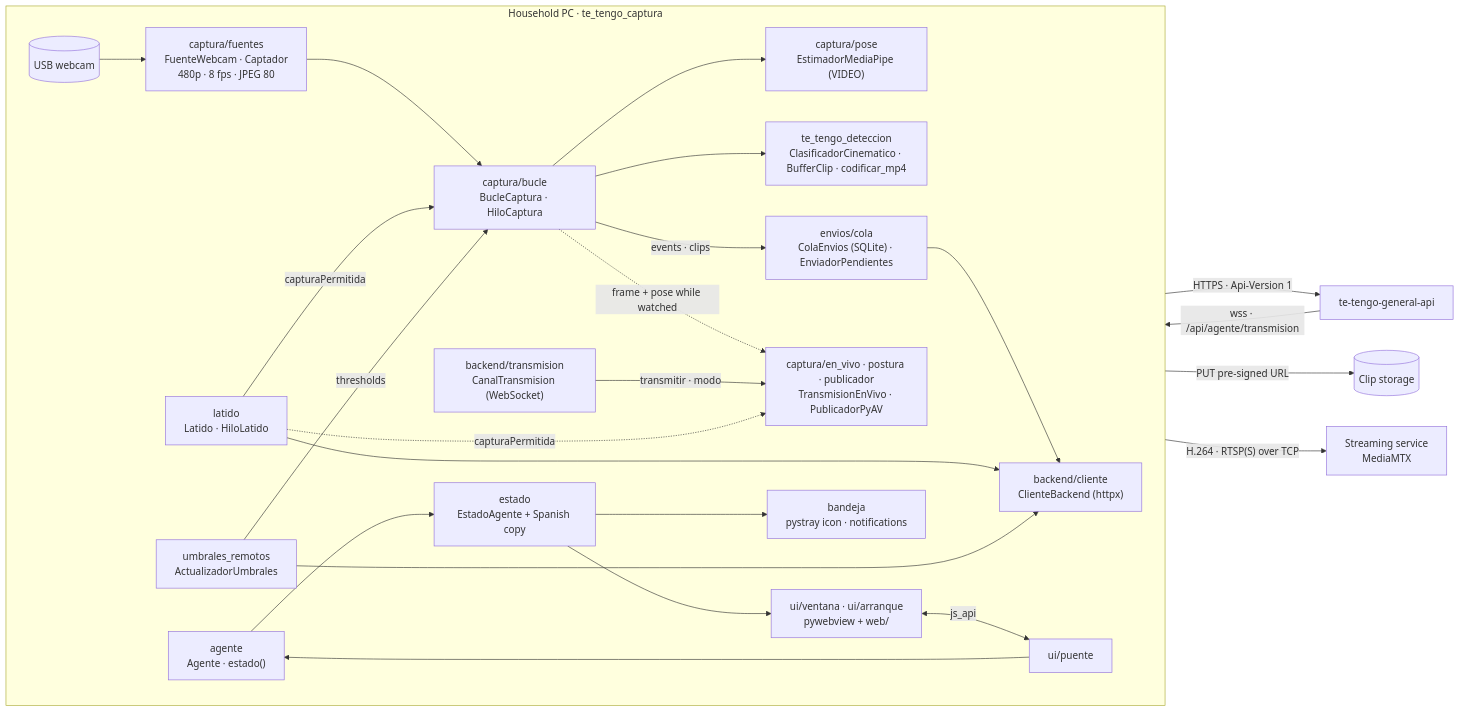
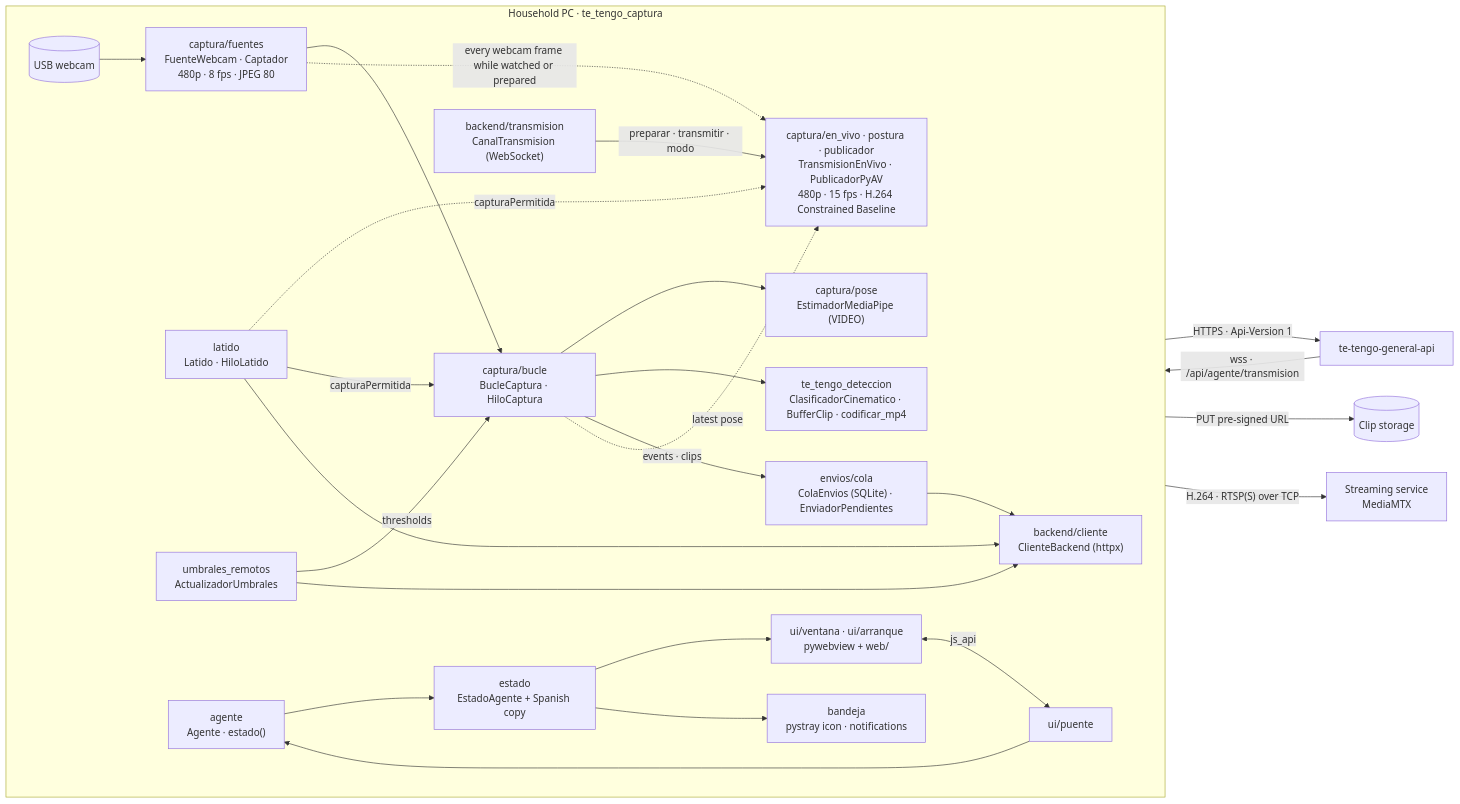
The diagram in docs/architecture.md (Te-Tengo-Tech/te-tengo-desktop-pywebview), drawn with Mermaid before and after one commit. The commit also changed other lines of this file and 23 other files, not shown here.

First line of the commit message:
feat(captura): live view v3 at 15 fps, WebRTC-ready H.264 and pre-warm

````diff
--- a/docs/architecture.md
+++ b/docs/architecture.md
@@ -15,28 +15,29 @@
 ```mermaid
 flowchart LR
   subgraph PC["Household PC · te_tengo_captura"]
     direction LR
     Webcam[(USB webcam)] --> Fuentes["captura/fuentes<br/>FuenteWebcam · Captador<br/>480p · 8 fps · JPEG 80"]
     Fuentes --> Bucle["captura/bucle<br/>BucleCaptura · HiloCaptura"]
     Bucle --> Pose["captura/pose<br/>EstimadorMediaPipe (VIDEO)"]
     Bucle --> Det["te_tengo_deteccion<br/>ClasificadorCinematico · BufferClip · codificar_mp4"]
     Bucle -->|events · clips| Cola["envios/cola<br/>ColaEnvios (SQLite) · EnviadorPendientes"]
-    Bucle -.->|frame + pose while watched| Vivo["captura/en_vivo · postura · publicador<br/>TransmisionEnVivo · PublicadorPyAV"]
-    Canal["backend/transmision<br/>CanalTransmision (WebSocket)"] -->|transmitir · modo| Vivo
+    Fuentes -.->|every webcam frame while watched or prepared| Vivo["captura/en_vivo · postura · publicador<br/>TransmisionEnVivo · PublicadorPyAV<br/>480p · 15 fps · H.264 Constrained Baseline"]
+    Bucle -.->|latest pose| Vivo
+    Canal["backend/transmision<br/>CanalTransmision (WebSocket)"] -->|preparar · transmitir · modo| Vivo
     Latido -.->|capturaPermitida| Vivo
     Latido["latido<br/>Latido · HiloLatido"] -->|capturaPermitida| Bucle
     Umbrales["umbrales_remotos<br/>ActualizadorUmbrales"] -->|thresholds| Bucle
     Cola --> Cliente["backend/cliente<br/>ClienteBackend (httpx)"]
     Latido --> Cliente
     Umbrales --> Cliente
     Agente["agente<br/>Agente · estado()"] --> Estado["estado<br/>EstadoAgente + Spanish copy"]
     Estado --> Ventana["ui/ventana · ui/arranque<br/>pywebview + web/"]
     Estado --> Bandeja["bandeja<br/>pystray icon · notifications"]
     Ventana <-->|js_api| Puente["ui/puente"]
     Puente --> Agente
   end
   Cliente -->|HTTPS · Api-Version 1| API["te-tengo-general-api"]
   Cliente -->|PUT pre-signed URL| S3[(Clip storage)]
   API -->|"wss · /api/agente/transmision"| Canal
   Vivo -->|"H.264 · RTSP(S) over TCP"| MTX["Streaming service<br/>MediaMTX"]
 ```
````
